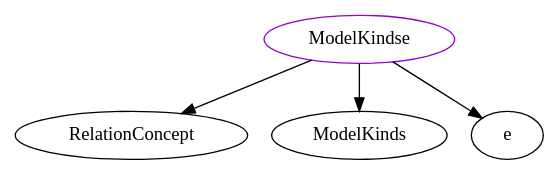
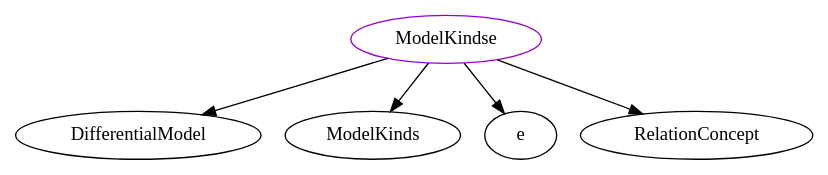
One commit to JacquesCarette/Drasil changed the diagram in analysis/TypeDependencyGraphs/theory/ModelKindse.dot. Above: the diagram before and after it, drawn with Graphviz. The commit also changed 714 other files, not shown here.

```diff
--- a/analysis/TypeDependencyGraphs/theory/ModelKindse.dot
+++ b/analysis/TypeDependencyGraphs/theory/ModelKindse.dot
@@ -1,6 +1,7 @@
 digraph modelkindse{
 ModelKindse	[shape=oval, color=darkviolet, label="ModelKindse"];
-ModelKindse -> RelationConcept;
+ModelKindse -> DifferentialModel;
 ModelKindse -> ModelKinds;
 ModelKindse -> e;
+ModelKindse -> RelationConcept;
 }
```
